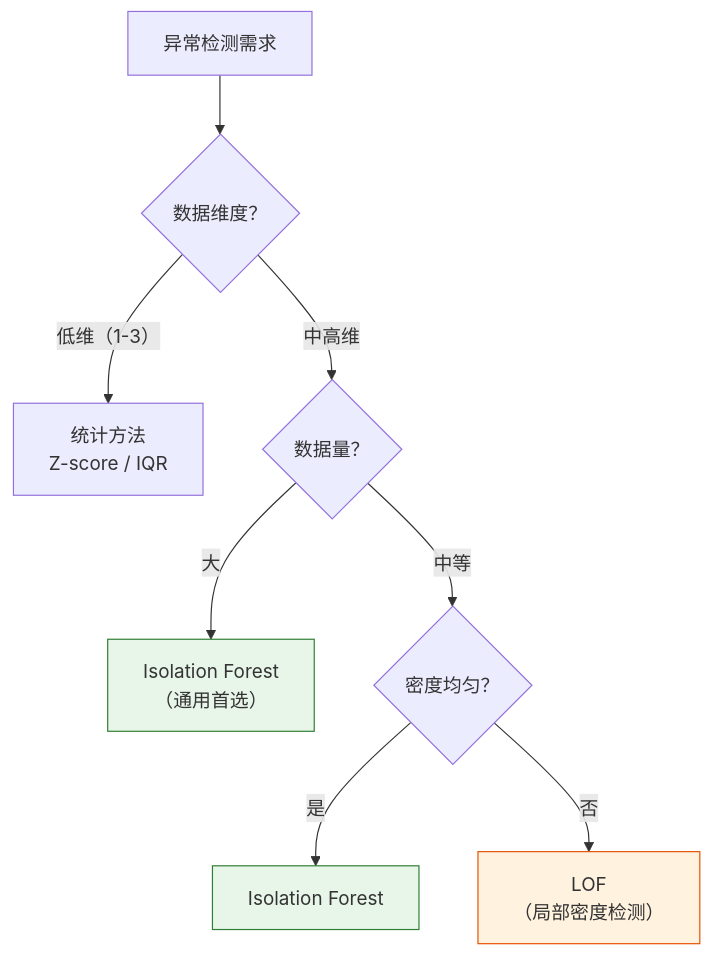
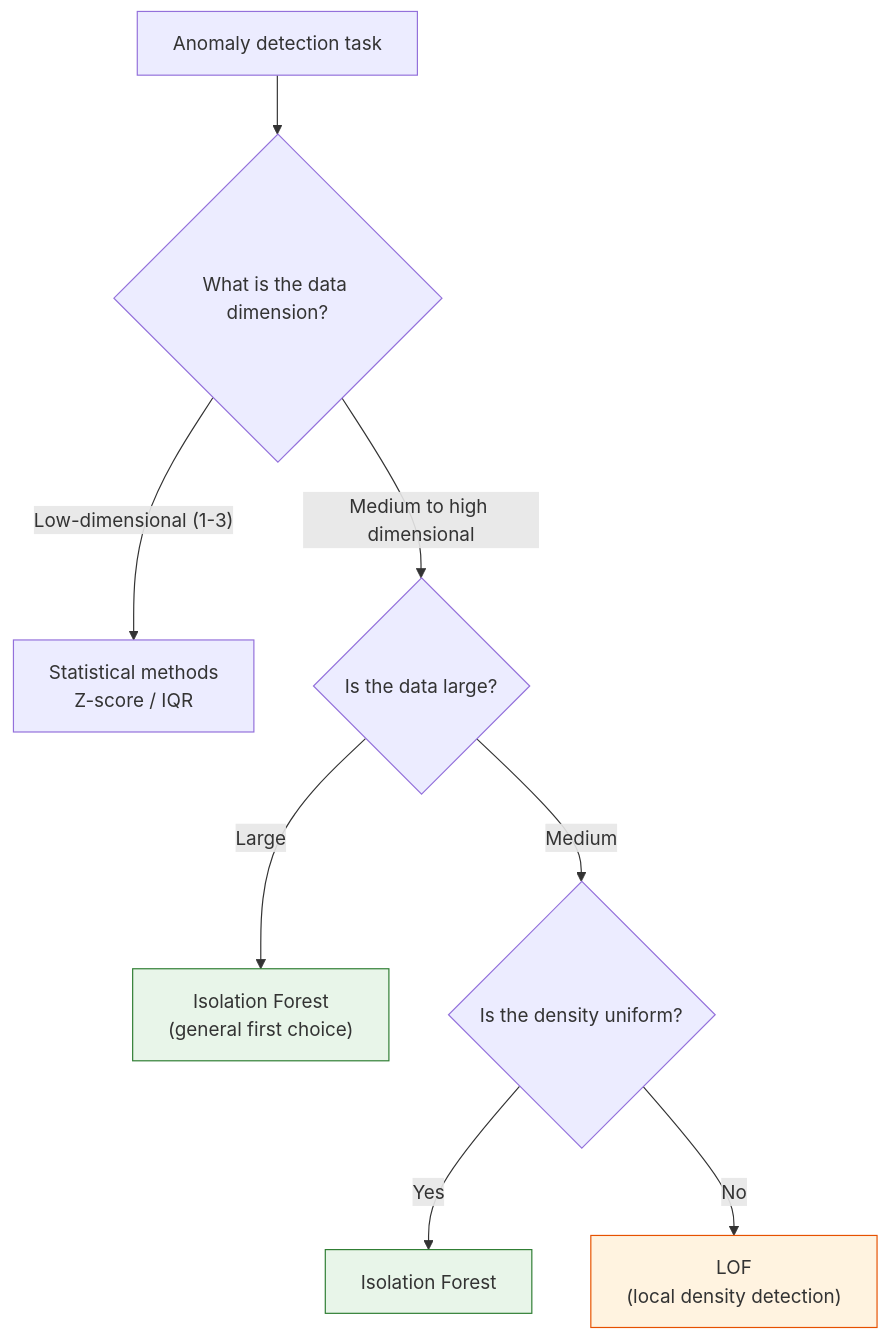
The third of 3 diagrams in docs/ch05-machine-learning/ch03-unsupervised/03-anomaly-detection.md (oudbiao/AI-fullstack-course), drawn with Mermaid before and after one commit. The commit also changed other lines of this file and 1406 other files, not shown here.

````diff
--- a/docs/ch05-machine-learning/ch03-unsupervised/03-anomaly-detection.md
+++ b/docs/ch05-machine-learning/ch03-unsupervised/03-anomaly-detection.md
@@ -535,14 +534,14 @@
 ```mermaid
 flowchart TD
-    Q["异常检测需求"] --> Q1{"数据维度？"}
-    Q1 -->|"低维（1-3）"| STAT["统计方法<br/>Z-score / IQR"]
-    Q1 -->|"中高维"| Q2{"数据量？"}
-    Q2 -->|"大"| ISO["Isolation Forest<br/>（通用首选）"]
-    Q2 -->|"中等"| Q3{"密度均匀？"}
-    Q3 -->|"是"| ISO2["Isolation Forest"]
-    Q3 -->|"否"| LOF["LOF<br/>（局部密度检测）"]
+    Q["Anomaly detection task"] --> Q1{"What is the data dimension?"}
+    Q1 -->|"Low-dimensional (1-3)"| STAT["Statistical methods<br/>Z-score / IQR"]
+    Q1 -->|"Medium to high dimensional"| Q2{"Is the data large?"}
+    Q2 -->|"Large"| ISO["Isolation Forest<br/>(general first choice)"]
+    Q2 -->|"Medium"| Q3{"Is the density uniform?"}
+    Q3 -->|"Yes"| ISO2["Isolation Forest"]
+    Q3 -->|"No"| LOF["LOF<br/>(local density detection)"]
 
     style ISO fill:#e8f5e9,stroke:#2e7d32,color:#333
     style ISO2 fill:#e8f5e9,stroke:#2e7d32,color:#333
     style LOF fill:#fff3e0,stroke:#e65100,color:#333
 ```
````
